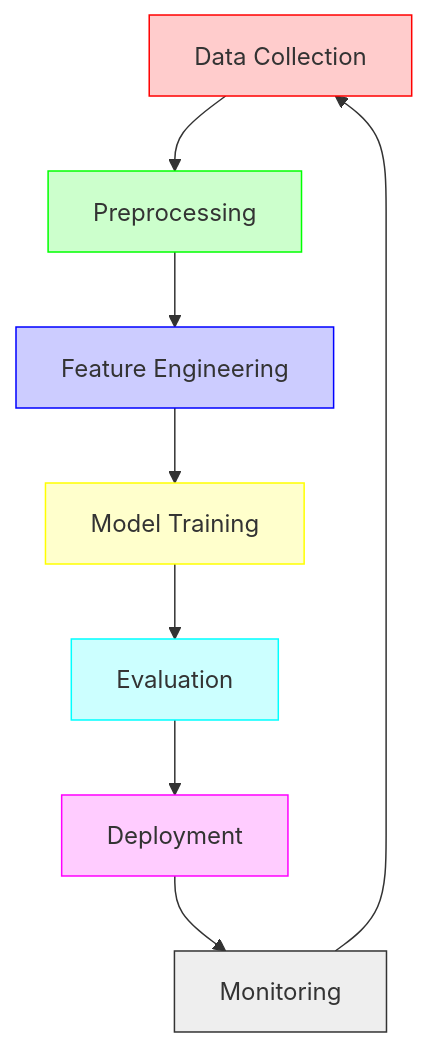
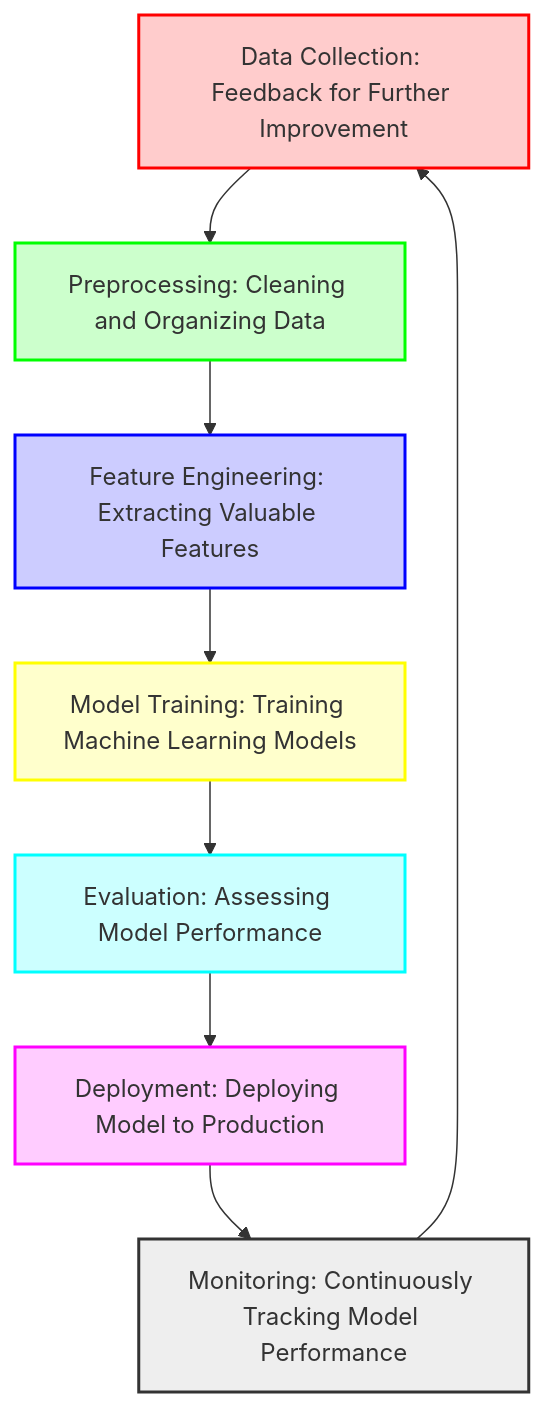
One commit to ennajari/ennajari changed the fourth of 8 diagrams in README.md. Above: the diagram before and after it, drawn with Mermaid. The commit also changed other lines of this file, not shown here.

````diff
--- a/README.md
+++ b/README.md
@@ -152,18 +161,18 @@
   ```mermaid
-  flowchart TD
-    A[Data Collection] --> B[Preprocessing]
-    B --> C[Feature Engineering]
-    C --> D[Model Training]
-    D --> E[Evaluation]
-    E --> F[Deployment]
-    F --> G[Monitoring]
-    G --> A
+flowchart TD
+    A[Data Collection: Gathering Raw Data] --> B[Preprocessing: Cleaning and Organizing Data]
+    B --> C[Feature Engineering: Extracting Valuable Features]
+    C --> D[Model Training: Training Machine Learning Models]
+    D --> E[Evaluation: Assessing Model Performance]
+    E --> F[Deployment: Deploying Model to Production]
+    F --> G[Monitoring: Continuously Tracking Model Performance]
+    G --> A[Data Collection: Feedback for Further Improvement]
     
-    style A fill:#ffcccc,stroke:#ff0000
-    style B fill:#ccffcc,stroke:#00ff00
-    style C fill:#ccccff,stroke:#0000ff
-    style D fill:#ffffcc,stroke:#ffff00
-    style E fill:#ccffff,stroke:#00ffff
-    style F fill:#ffccff,stroke:#ff00ff
-    style G fill:#eeeeee,stroke:#333333
+    style A fill:#ffcccc,stroke:#ff0000,stroke-width:2px
+    style B fill:#ccffcc,stroke:#00ff00,stroke-width:2px
+    style C fill:#ccccff,stroke:#0000ff,stroke-width:2px
+    style D fill:#ffffcc,stroke:#ffff00,stroke-width:2px
+    style E fill:#ccffff,stroke:#00ffff,stroke-width:2px
+    style F fill:#ffccff,stroke:#ff00ff,stroke-width:2px
+    style G fill:#eeeeee,stroke:#333333,stroke-width:2px
   ```
````
